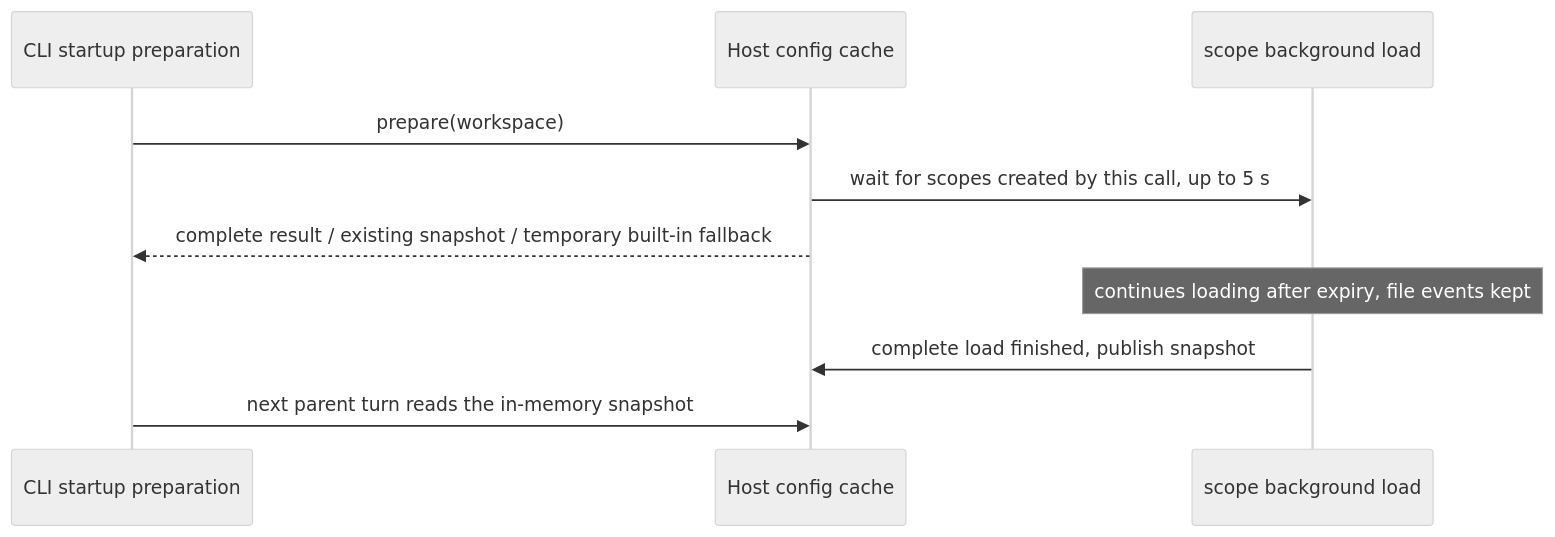
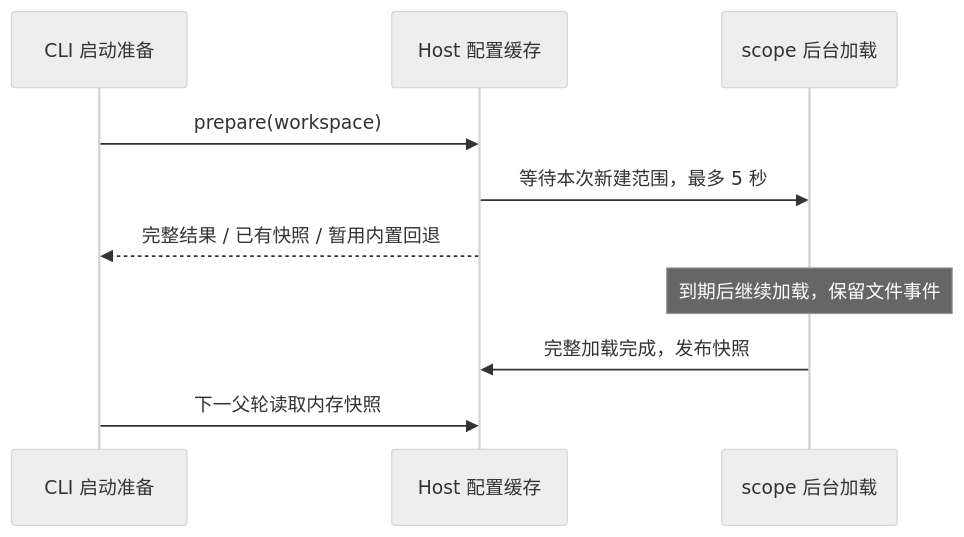
Before and after one commit to osben/ZCode: the second of 2 diagrams in docs/subagent-runtime-refresh.md, drawn with Mermaid (neutral theme). The commit also changed other lines of this file and 5391 other files, not shown here.

````diff
--- a/docs/subagent-runtime-refresh.md
+++ b/docs/subagent-runtime-refresh.md
@@ -63,12 +80,12 @@
 ```mermaid
 sequenceDiagram
-    participant P as CLI startup preparation
-    participant C as Host config cache
-    participant L as scope background load
+    participant P as CLI 启动准备
+    participant C as Host 配置缓存
+    participant L as scope 后台加载
     P->>C: prepare(workspace)
-    C->>L: wait for scopes created by this call, up to 5 s
-    C-->>P: complete result / existing snapshot / temporary built-in fallback
-    Note over L: continues loading after expiry, file events kept
-    L->>C: complete load finished, publish snapshot
-    P->>C: next parent turn reads the in-memory snapshot
+    C->>L: 等待本次新建范围，最多 5 秒
+    C-->>P: 完整结果 / 已有快照 / 暂用内置回退
+    Note over L: 到期后继续加载，保留文件事件
+    L->>C: 完整加载完成，发布快照
+    P->>C: 下一父轮读取内存快照
 ```
````
